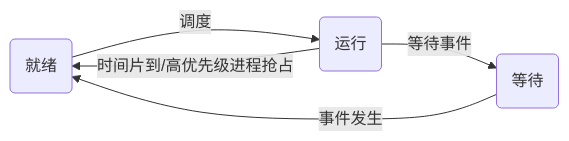
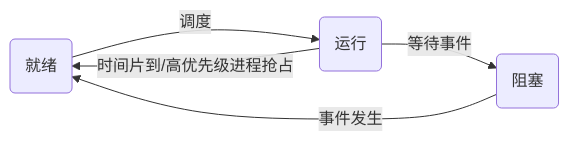
One commit to EmptyBlueBox/Operating_Systems-2025Spring-PKU changed the first of 3 diagrams in Note/03-进程线程模型.md. Above: the diagram before and after it, drawn with Mermaid. The commit also changed other lines of this file and 4 other files, not shown here.

````diff
--- a/Note/03-进程线程模型.md
+++ b/Note/03-进程线程模型.md
@@ -191,7 +191,7 @@
         ```mermaid
         graph LR
             Ready(就绪) --> |调度|Running(运行)
             Running --> |时间片到/高优先级进程抢占|Ready
-            Running --> |等待事件|Waiting(等待)
+            Running --> |等待事件|Waiting(阻塞)
             Waiting --> |事件发生|Ready
         ```
````
